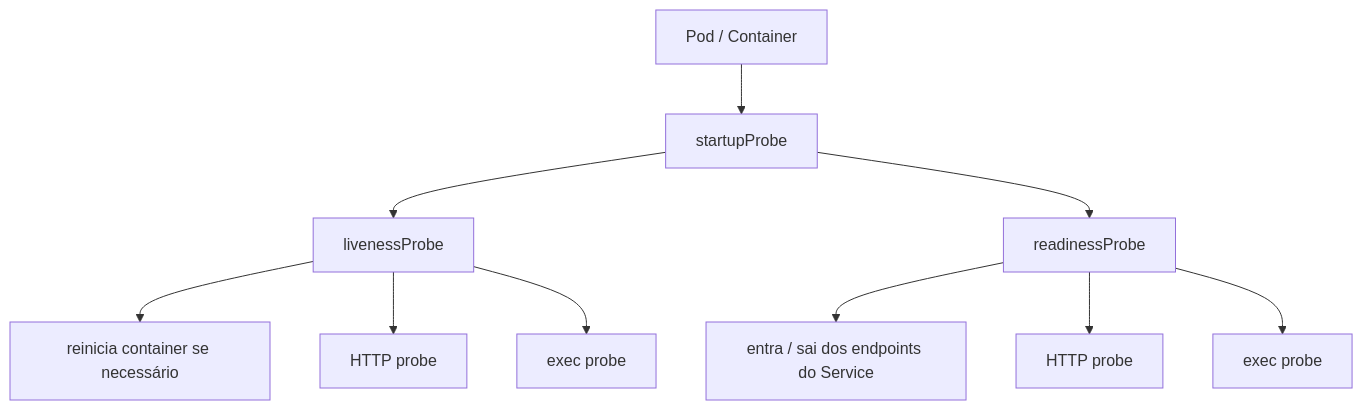
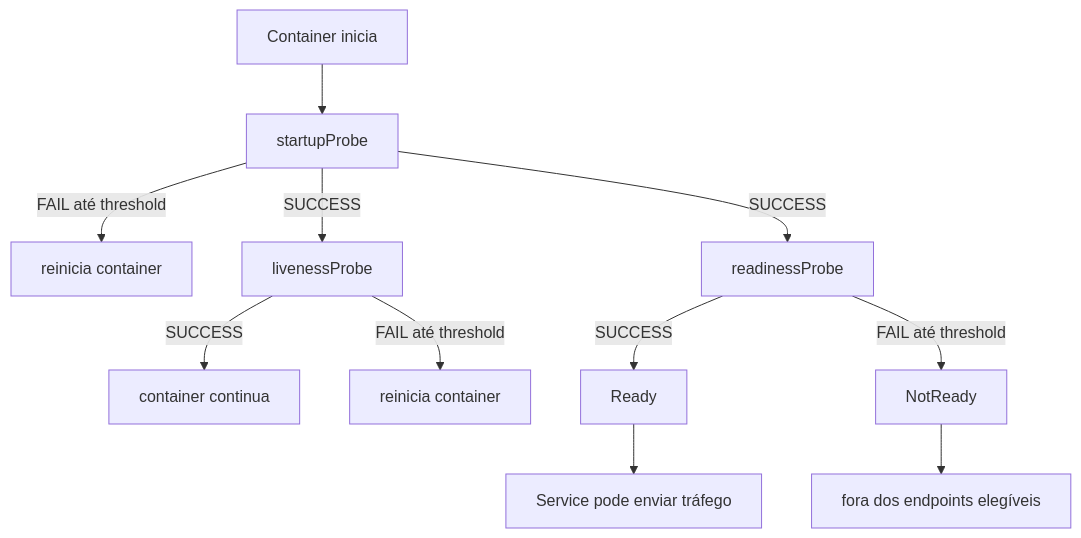
The ninth of 11 diagrams in mindmap/README.md (fmonticelli/ex288-labs), drawn with Mermaid before and after one commit. The commit also changed other lines of this file, not shown here.

````diff
--- a/mindmap/README.md
+++ b/mindmap/README.md
@@ -430,15 +444,17 @@
 ```mermaid
 flowchart TD
-    POD[Pod / Container] --> STARTUP[startupProbe]
-    STARTUP --> LIVE[livenessProbe]
-    STARTUP --> READY[readinessProbe]
+    C[Container inicia] --> START[startupProbe]
 
-    READY --> TRAFFIC["entra / sai dos endpoints do Service"]
-    LIVE --> RESTART["reinicia container se necessário"]
+    START -->|FAIL até threshold| SRESTART[reinicia container]
+    START -->|SUCCESS| LIVE[livenessProbe]
+    START -->|SUCCESS| READY[readinessProbe]
 
-    READY --> HTTP[HTTP probe]
-    READY --> EXEC[exec probe]
+    LIVE -->|SUCCESS| LOK[container continua]
+    LIVE -->|FAIL até threshold| RESTART[reinicia container]
 
-    LIVE --> HTTP2[HTTP probe]
-    LIVE --> EXEC2[exec probe]
+    READY -->|SUCCESS| ROK[Ready]
+    READY -->|FAIL até threshold| NREADY[NotReady]
+
+    ROK --> SVC[Service pode enviar tráfego]
+    NREADY --> NOSVC[fora dos endpoints elegíveis]
 ```
````
